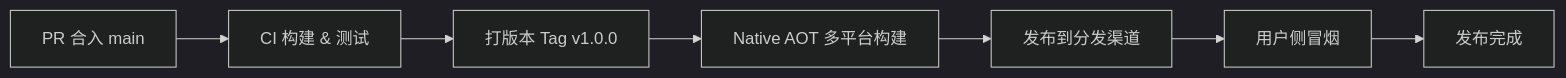
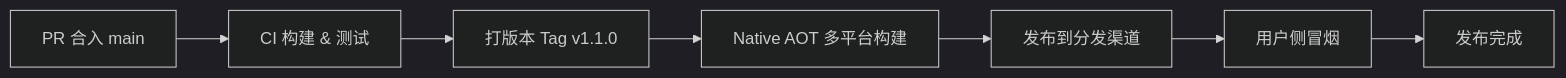
Before and after one commit to Camefor/GitGuard: the diagram in docs/14-部署文档.md, drawn with Mermaid (dark theme). The commit also changed other lines of this file and 28 other files, not shown here.

````diff
--- a/docs/14-部署文档.md
+++ b/docs/14-部署文档.md
@@ -25,9 +25,9 @@
 ```mermaid
 flowchart LR
     PR[PR 合入 main] --> CI[CI 构建 & 测试]
-    CI --> Tag[打版本 Tag v1.0.0]
+    CI --> Tag[打版本 Tag v1.1.0]
     Tag --> Pack[Native AOT 多平台构建]
     Pack --> Publish[发布到分发渠道]
     Publish --> Smoke[用户侧冒烟]
     Smoke --> Done[发布完成]
 ```
````
